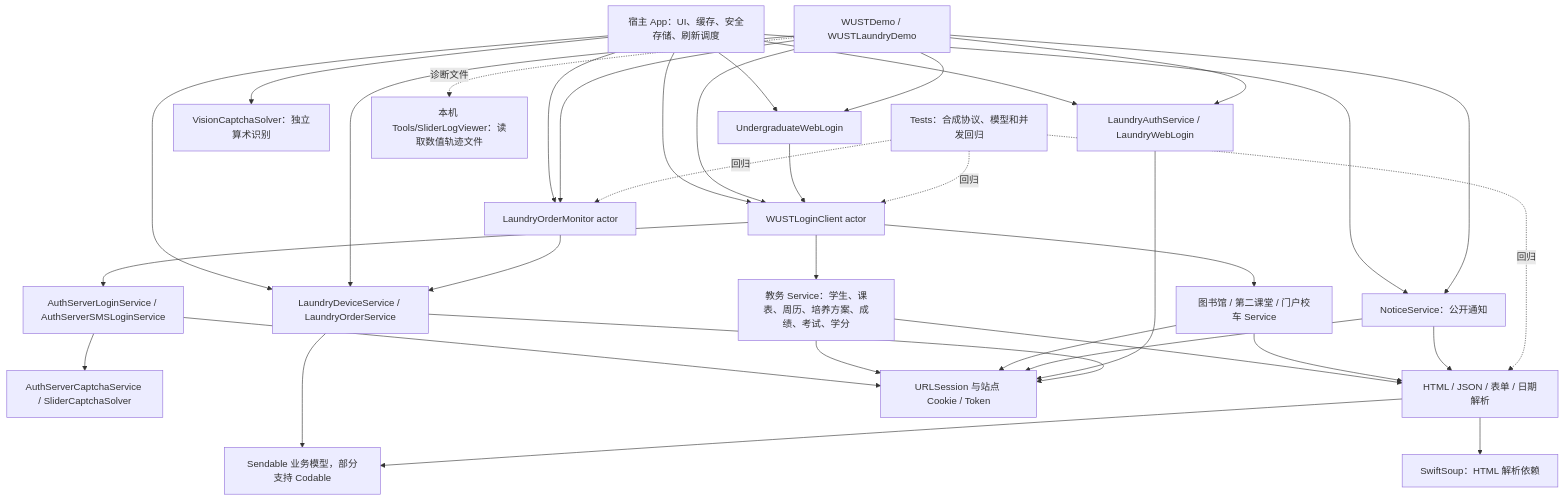
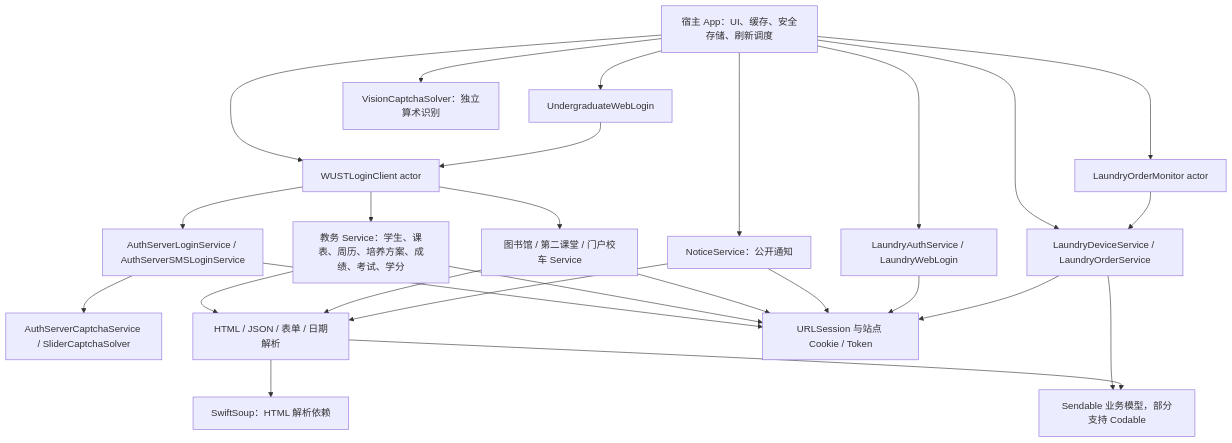
Before and after one commit to xiaoka520/WUSTFoundation: the first of 3 diagrams in Documentation/Manual.md, drawn with Mermaid.

Commit message:
docs: simplify architecture diagram to app and library components

````diff
--- a/Documentation/Manual.md
+++ b/Documentation/Manual.md
@@ -84,58 +84,45 @@
 ```mermaid
 flowchart TB
     App[宿主 App：UI、缓存、安全存储、刷新调度]
-    Demo[WUSTDemo / WUSTLaundryDemo]
     Client[WUSTLoginClient actor]
     Login[AuthServerLoginService / AuthServerSMSLoginService]
     Web[UndergraduateWebLogin]
     Captcha[AuthServerCaptchaService / SliderCaptchaSolver]
     OCR[VisionCaptchaSolver：独立算术识别]
     School[教务 Service：学生、课表、周历、培养方案、成绩、考试、学分]
     Extra[图书馆 / 第二课堂 / 门户校车 Service]
     Notice[NoticeService：公开通知]
     LaundryAuth[LaundryAuthService / LaundryWebLogin]
     LaundryQuery[LaundryDeviceService / LaundryOrderService]
     Monitor[LaundryOrderMonitor actor]
     Parsers[HTML / JSON / 表单 / 日期解析]
     Models[Sendable 业务模型，部分支持 Codable]
     Net[URLSession 与站点 Cookie / Token]
-    Tool[本机 Tools/SliderLogViewer：读取数值轨迹文件]
-    Tests[Tests：合成协议、模型和并发回归]
     Soup[SwiftSoup：HTML 解析依赖]
 
     App --> Client
     App --> Web
     App --> Notice
     App --> LaundryAuth
     App --> LaundryQuery
     App --> Monitor
     App --> OCR
-    Demo --> Client
-    Demo --> Web
-    Demo --> Notice
-    Demo --> LaundryAuth
-    Demo --> LaundryQuery
-    Demo --> Monitor
     Client --> Login
     Login --> Captcha
     Web --> Client
     Client --> School
     Client --> Extra
     Login --> Net
     School --> Net
     Extra --> Net
     Notice --> Net
     LaundryAuth --> Net
     LaundryQuery --> Net
     Monitor --> LaundryQuery
     School --> Parsers
     Extra --> Parsers
     Notice --> Parsers
     LaundryQuery --> Models
     Parsers --> Models
-    Demo -.诊断文件.-> Tool
-    Tests -.回归.-> Client
-    Tests -.回归.-> Parsers
-    Tests -.回归.-> Monitor
     Parsers --> Soup
 ```
````
